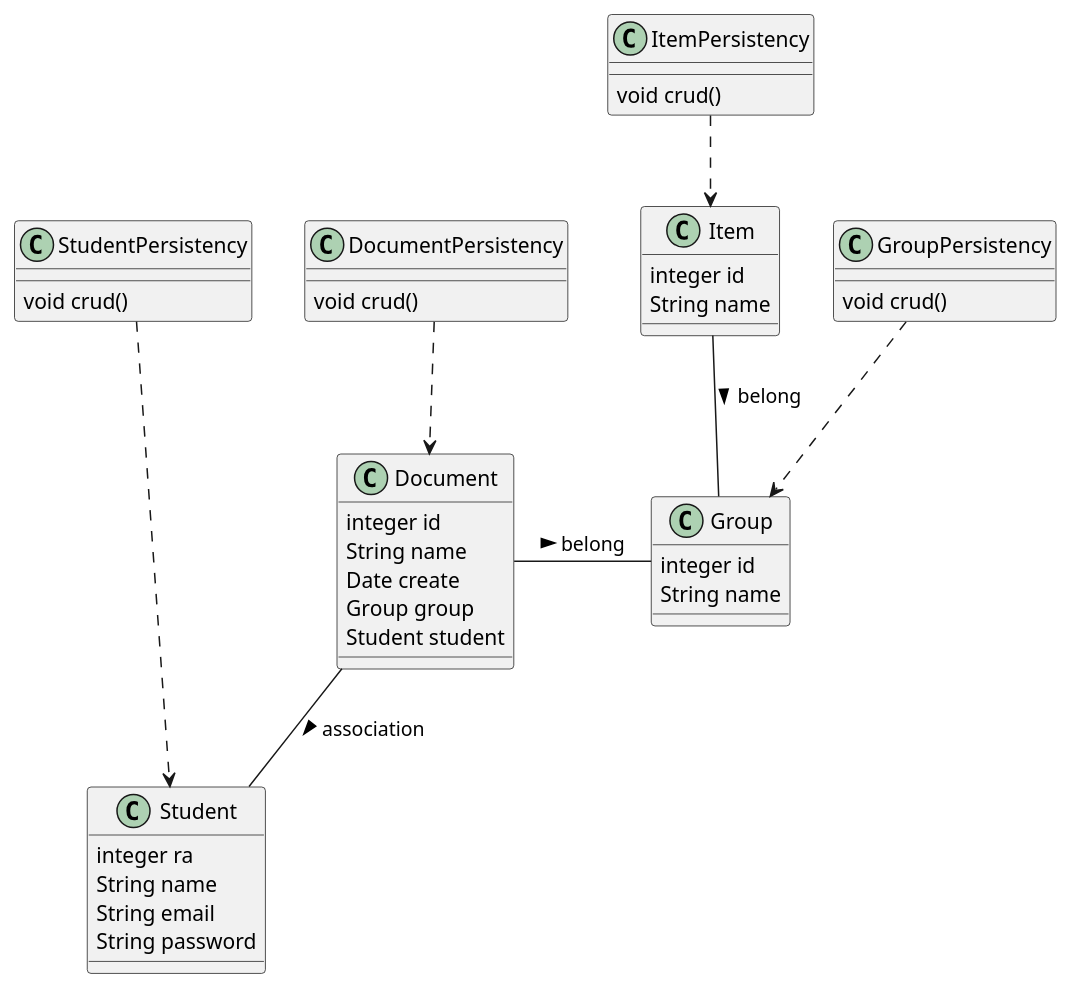
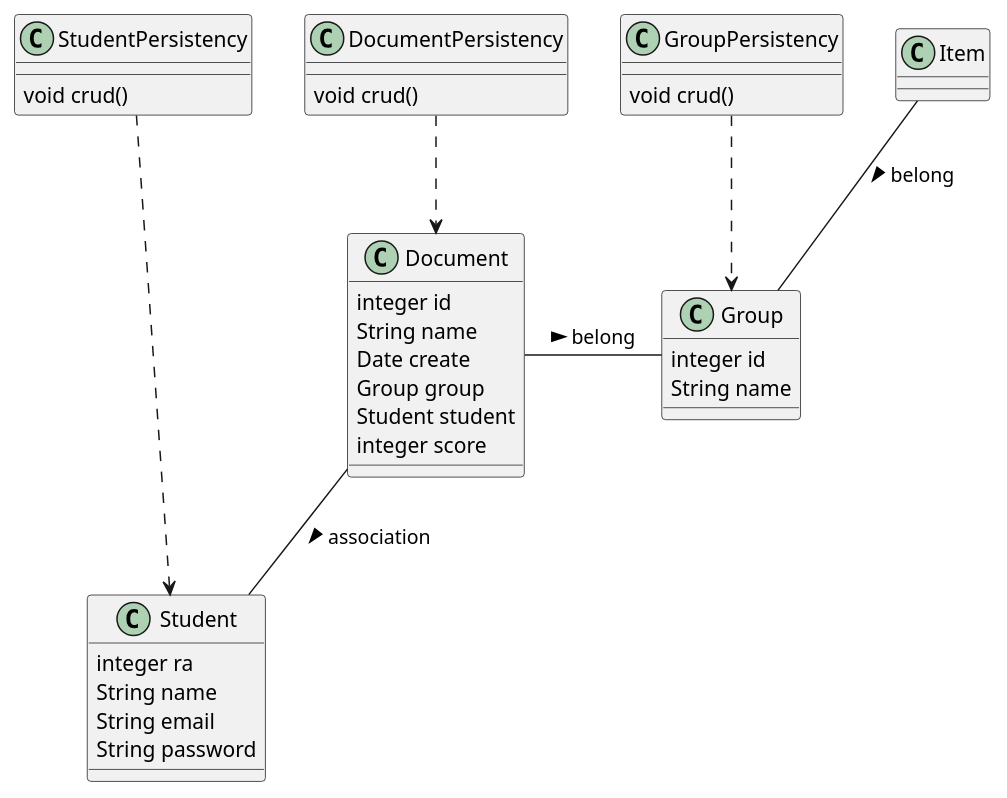
The diagram in items/Professor/ProfessorHome/ProfessorHome.wsd (rodrigoRolim/complementary-activities), drawn with PlantUML before and after one commit.

Commit message:
removed item class because it does not need to be here more

```diff
--- a/items/Professor/ProfessorHome/ProfessorHome.wsd
+++ b/items/Professor/ProfessorHome/ProfessorHome.wsd
@@ -1,42 +1,35 @@
 @startuml
 Class Document {
  integer id
  String name
  Date create
  Group group
  Student student
+ integer score
 }
 Class DocumentPersistency {
  void crud()
 }
 Class Student {
  integer ra
  String name
  String email
  String password
 }
 Class StudentPersistency {
   void crud()
 }
 Class Group {
  integer id
  String name
 }
-Class Item {
-  integer id
-  String name
-}
 Class GroupPersistency {
-  void crud()
-}
-Class ItemPersistency {
   void crud()
 }
 Document - Group: belong >
 Item -- Group: belong >
 GroupPersistency ..> Group
 DocumentPersistency ..> Document
-ItemPersistency ..> Item
 Document -- Student: association >
 StudentPersistency ...> Student
 @enduml
```
